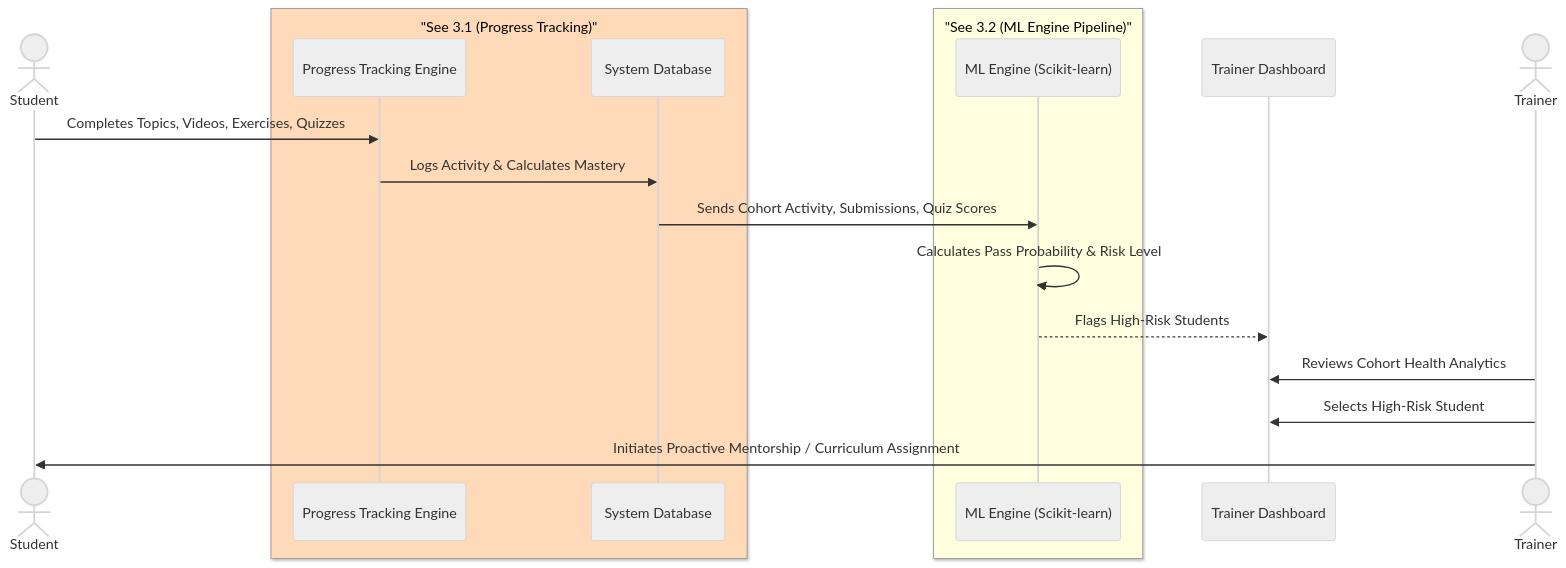
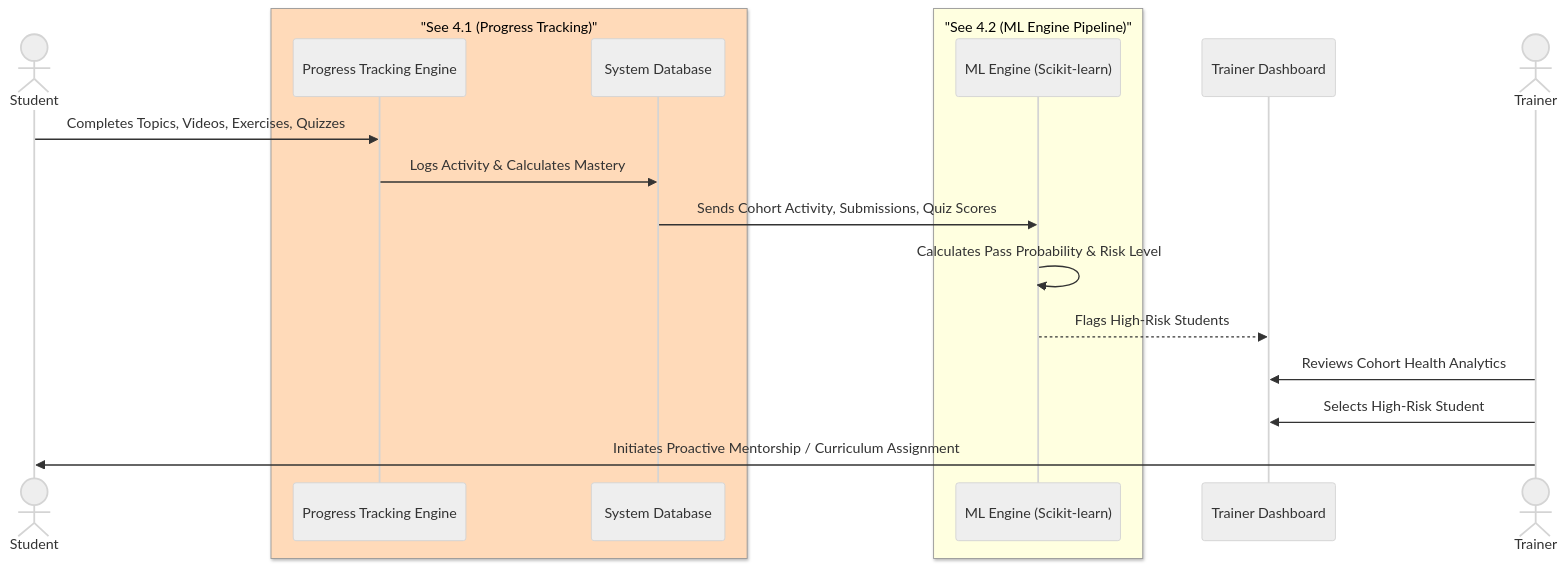
One commit to suyash-rgb/JS-Mentor changed diagram 12 of 22 in README.md. Above: the diagram before and after it, drawn with Mermaid (neutral theme). The commit also changed other lines of this file and 4 other files, not shown here.

````diff
--- a/README.md
+++ b/README.md
@@ -459,25 +508,25 @@
 ```mermaid
 sequenceDiagram
     actor S as Student
     
-    box PeachPuff "See 3.1 (Progress Tracking)"
+    box PeachPuff "See 4.1 (Progress Tracking)"
     participant PT as Progress Tracking Engine
     participant DB as System Database
     end
     
-    box LightYellow "See 3.2 (ML Engine Pipeline)"
+    box LightYellow "See 4.2 (ML Engine Pipeline)"
     participant ML as ML Engine (Scikit-learn)
     end
     
     participant Dashboard as Trainer Dashboard
     actor T as Trainer
 
     S->>PT: Completes Topics, Videos, Exercises, Quizzes
     PT->>DB: Logs Activity & Calculates Mastery
     DB->>ML: Sends Cohort Activity, Submissions, Quiz Scores
     ML->>ML: Calculates Pass Probability & Risk Level
     ML-->>Dashboard: Flags High-Risk Students
     T->>Dashboard: Reviews Cohort Health Analytics
     T->>Dashboard: Selects High-Risk Student
     T->>S: Initiates Proactive Mentorship / Curriculum Assignment
 ```
````
